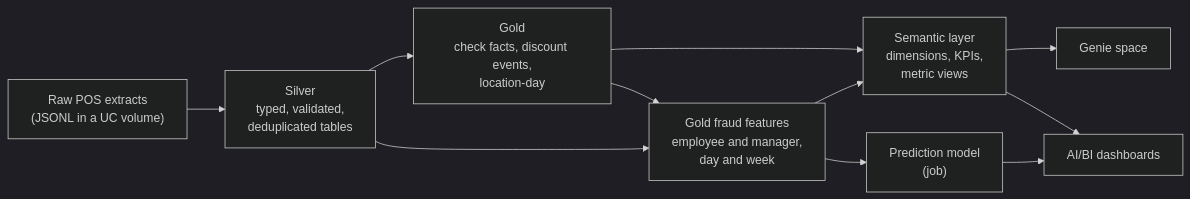
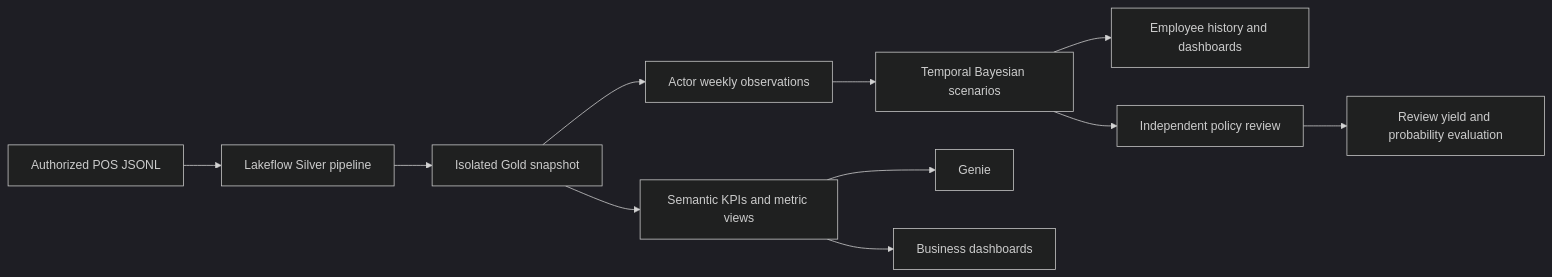
Before and after one commit to Mmateo101/databricks-sun-holdings-stark-overflow: the diagram in README.md, drawn with Mermaid (dark theme). The commit also changed other lines of this file and 73 other files, not shown here.

First line of the commit message:
Complete portable judge submission with temporal model and synthetic demo

````diff
--- a/README.md
+++ b/README.md
@@ -22,13 +43,13 @@
 ```mermaid
 flowchart LR
-    RAW["Raw POS extracts<br/>(JSONL in a UC volume)"] --> SILVER["Silver<br/>typed, validated,<br/>deduplicated tables"]
-    SILVER --> GOLD["Gold<br/>check facts, discount events,<br/>location-day"]
-    GOLD --> FRAUD["Gold fraud features<br/>employee and manager,<br/>day and week"]
-    SILVER --> FRAUD
-    GOLD --> SEM["Semantic layer<br/>dimensions, KPIs,<br/>metric views"]
-    FRAUD --> SEM
-    SEM --> GENIE["Genie space"]
-    SEM --> DASH["AI/BI dashboards"]
-    FRAUD --> MODEL["Prediction model<br/>(job)"]
-    MODEL --> DASH
+    RAW[Authorized POS JSONL] --> SILVER[Lakeflow Silver pipeline]
+    SILVER --> GOLD[Isolated Gold snapshot]
+    GOLD --> FEATURES[Actor weekly observations]
+    FEATURES --> MODEL[Temporal Bayesian scenarios]
+    MODEL --> VIEW[Employee history and dashboards]
+    MODEL --> REVIEW[Independent policy review]
+    REVIEW --> METRICS[Review yield and probability evaluation]
+    GOLD --> SEMANTIC[Semantic KPIs and metric views]
+    SEMANTIC --> GENIE[Genie]
+    SEMANTIC --> BI[Business dashboards]
 ```
````
